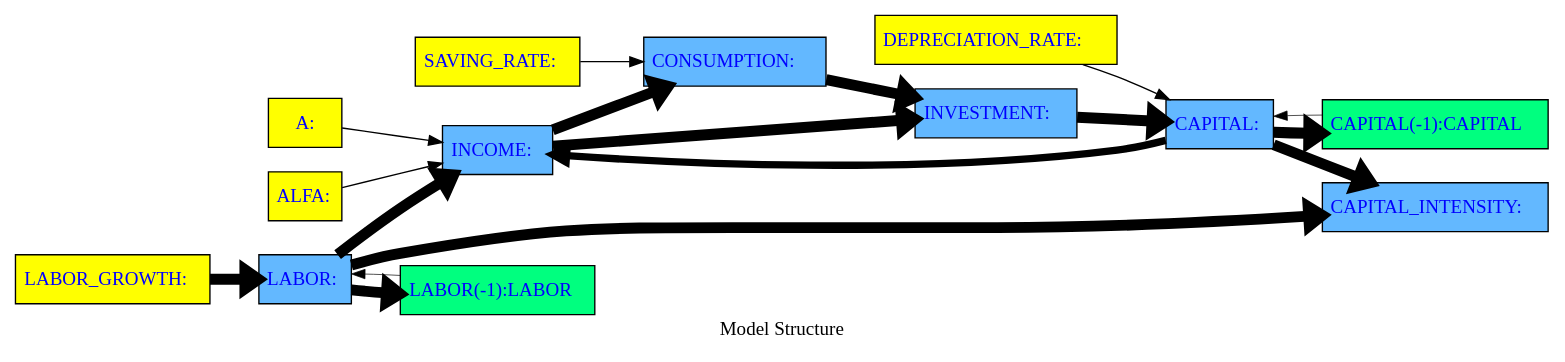
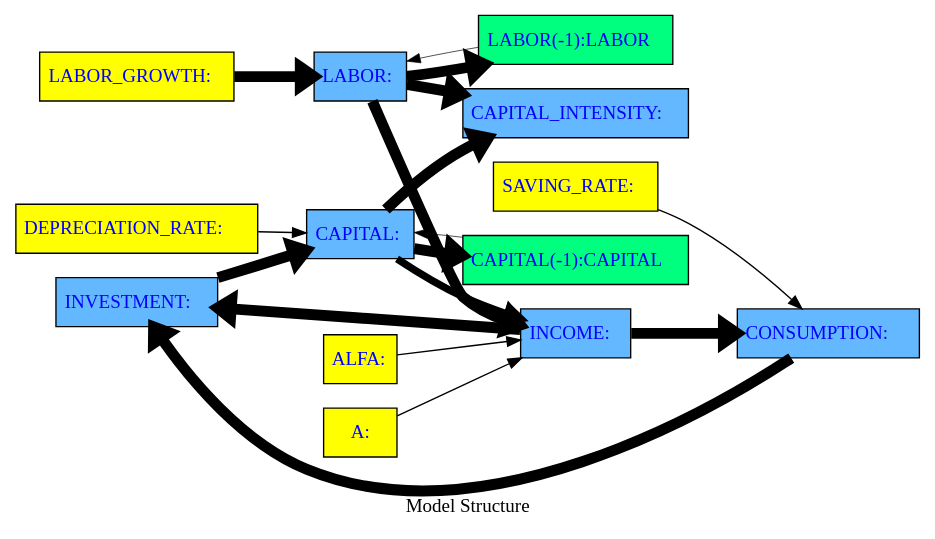
One commit to IbHansen/modelflow-manual changed the diagram in working_paper/thebook/content/notebooks/intro/graph/A_model_graph.gv. Above: the diagram before and after it, drawn with Graphviz. The commit also changed 435 other files, not shown here.

```diff
--- a/working_paper/thebook/content/notebooks/intro/graph/A_model_graph.gv
+++ b/working_paper/thebook/content/notebooks/intro/graph/A_model_graph.gv
@@ -1,35 +1,35 @@
 digraph TD { rankdir ="LR" 
 {node  [margin=0.025 fontcolor=blue style=filled ] 
- "CAPITAL_INTENSITY" [ shape=box fillcolor= steelblue1 tooltip="CAPITAL_INTENSITY&#10;FRML &lt;&gt; CAPITAL_INTENSITY = CAPITAL/LABOR  &#36;"  margin=0.025 fontcolor=blue style = filled  label=<<TABLE BORDER='0' CELLBORDER = '0' style = "filled"  > <TR><TD tooltip="CAPITAL_INTENSITY&#10;FRML &lt;&gt; CAPITAL_INTENSITY = CAPITAL/LABOR  &#36;">CAPITAL_INTENSITY:</TD></TR> </TABLE>> ]
+ "INVESTMENT" [ shape=box fillcolor= steelblue1 tooltip="INVESTMENT&#10;FRML &lt;&gt; INVESTMENT      = INCOME - CONSUMPTION    &#36;"  margin=0.025 fontcolor=blue style = filled  label=<<TABLE BORDER='0' CELLBORDER = '0' style = "filled"  > <TR><TD tooltip="INVESTMENT&#10;FRML &lt;&gt; INVESTMENT      = INCOME - CONSUMPTION    &#36;">INVESTMENT:</TD></TR> </TABLE>> ]
 "LABOR_GROWTH" [ shape=box fillcolor= yellow tooltip="LABOR_GROWTH&#10;Exogen"  margin=0.025 fontcolor=blue style = filled  label=<<TABLE BORDER='0' CELLBORDER = '0' style = "filled"  > <TR><TD tooltip="LABOR_GROWTH&#10;Exogen">LABOR_GROWTH:</TD></TR> </TABLE>> ]
+"LABOR" [ shape=box fillcolor= steelblue1 tooltip="LABOR&#10;FRML &lt;&gt; LABOR=LABOR(-1)+(LABOR_GROWTH * LABOR(-1))&#36;"  margin=0.025 fontcolor=blue style = filled  label=<<TABLE BORDER='0' CELLBORDER = '0' style = "filled"  > <TR><TD tooltip="LABOR&#10;FRML &lt;&gt; LABOR=LABOR(-1)+(LABOR_GROWTH * LABOR(-1))&#36;">LABOR:</TD></TR> </TABLE>> ]
+"CAPITAL_INTENSITY" [ shape=box fillcolor= steelblue1 tooltip="CAPITAL_INTENSITY&#10;FRML &lt;&gt; CAPITAL_INTENSITY = CAPITAL/LABOR  &#36;"  margin=0.025 fontcolor=blue style = filled  label=<<TABLE BORDER='0' CELLBORDER = '0' style = "filled"  > <TR><TD tooltip="CAPITAL_INTENSITY&#10;FRML &lt;&gt; CAPITAL_INTENSITY = CAPITAL/LABOR  &#36;">CAPITAL_INTENSITY:</TD></TR> </TABLE>> ]
+"ALFA" [ shape=box fillcolor= yellow tooltip="ALFA&#10;Exogen"  margin=0.025 fontcolor=blue style = filled  label=<<TABLE BORDER='0' CELLBORDER = '0' style = "filled"  > <TR><TD tooltip="ALFA&#10;Exogen">ALFA:</TD></TR> </TABLE>> ]
+"CAPITAL" [ shape=box fillcolor= steelblue1 tooltip="CAPITAL&#10;FRML &lt;&gt; CAPITAL=CAPITAL(-1)+(INVESTMENT-DEPRECIATION_RATE * CAPITAL(-1))&#36;"  margin=0.025 fontcolor=blue style = filled  label=<<TABLE BORDER='0' CELLBORDER = '0' style = "filled"  > <TR><TD tooltip="CAPITAL&#10;FRML &lt;&gt; CAPITAL=CAPITAL(-1)+(INVESTMENT-DEPRECIATION_RATE * CAPITAL(-1))&#36;">CAPITAL:</TD></TR> </TABLE>> ]
 "DEPRECIATION_RATE" [ shape=box fillcolor= yellow tooltip="DEPRECIATION_RATE&#10;Exogen"  margin=0.025 fontcolor=blue style = filled  label=<<TABLE BORDER='0' CELLBORDER = '0' style = "filled"  > <TR><TD tooltip="DEPRECIATION_RATE&#10;Exogen">DEPRECIATION_RATE:</TD></TR> </TABLE>> ]
+"SAVING_RATE" [ shape=box fillcolor= yellow tooltip="SAVING_RATE&#10;Exogen"  margin=0.025 fontcolor=blue style = filled  label=<<TABLE BORDER='0' CELLBORDER = '0' style = "filled"  > <TR><TD tooltip="SAVING_RATE&#10;Exogen">SAVING_RATE:</TD></TR> </TABLE>> ]
+"CAPITAL(-1)" [ shape=box fillcolor= springgreen tooltip="CAPITAL&#10;FRML &lt;&gt; CAPITAL=CAPITAL(-1)+(INVESTMENT-DEPRECIATION_RATE * CAPITAL(-1))&#36;"  margin=0.025 fontcolor=blue style = filled  label=<<TABLE BORDER='0' CELLBORDER = '0' style = "filled"  > <TR><TD tooltip="CAPITAL&#10;FRML &lt;&gt; CAPITAL=CAPITAL(-1)+(INVESTMENT-DEPRECIATION_RATE * CAPITAL(-1))&#36;">CAPITAL(-1):CAPITAL</TD></TR> </TABLE>> ]
+"CONSUMPTION" [ shape=box fillcolor= steelblue1 tooltip="CONSUMPTION&#10;FRML &lt;&gt; CONSUMPTION     = (1-SAVING_RATE)  * INCOME  &#36;"  margin=0.025 fontcolor=blue style = filled  label=<<TABLE BORDER='0' CELLBORDER = '0' style = "filled"  > <TR><TD tooltip="CONSUMPTION&#10;FRML &lt;&gt; CONSUMPTION     = (1-SAVING_RATE)  * INCOME  &#36;">CONSUMPTION:</TD></TR> </TABLE>> ]
+"LABOR(-1)" [ shape=box fillcolor= springgreen tooltip="LABOR&#10;FRML &lt;&gt; LABOR=LABOR(-1)+(LABOR_GROWTH * LABOR(-1))&#36;"  margin=0.025 fontcolor=blue style = filled  label=<<TABLE BORDER='0' CELLBORDER = '0' style = "filled"  > <TR><TD tooltip="LABOR&#10;FRML &lt;&gt; LABOR=LABOR(-1)+(LABOR_GROWTH * LABOR(-1))&#36;">LABOR(-1):LABOR</TD></TR> </TABLE>> ]
 "A" [ shape=box fillcolor= yellow tooltip="A&#10;Exogen"  margin=0.025 fontcolor=blue style = filled  label=<<TABLE BORDER='0' CELLBORDER = '0' style = "filled"  > <TR><TD tooltip="A&#10;Exogen">A:</TD></TR> </TABLE>> ]
-"LABOR" [ shape=box fillcolor= steelblue1 tooltip="LABOR&#10;FRML &lt;&gt; LABOR=LABOR(-1)+(LABOR_GROWTH * LABOR(-1))&#36;"  margin=0.025 fontcolor=blue style = filled  label=<<TABLE BORDER='0' CELLBORDER = '0' style = "filled"  > <TR><TD tooltip="LABOR&#10;FRML &lt;&gt; LABOR=LABOR(-1)+(LABOR_GROWTH * LABOR(-1))&#36;">LABOR:</TD></TR> </TABLE>> ]
-"CONSUMPTION" [ shape=box fillcolor= steelblue1 tooltip="CONSUMPTION&#10;FRML &lt;&gt; CONSUMPTION     = (1-SAVING_RATE)  * INCOME  &#36;"  margin=0.025 fontcolor=blue style = filled  label=<<TABLE BORDER='0' CELLBORDER = '0' style = "filled"  > <TR><TD tooltip="CONSUMPTION&#10;FRML &lt;&gt; CONSUMPTION     = (1-SAVING_RATE)  * INCOME  &#36;">CONSUMPTION:</TD></TR> </TABLE>> ]
-"CAPITAL" [ shape=box fillcolor= steelblue1 tooltip="CAPITAL&#10;FRML &lt;&gt; CAPITAL=CAPITAL(-1)+(INVESTMENT-DEPRECIATION_RATE * CAPITAL(-1))&#36;"  margin=0.025 fontcolor=blue style = filled  label=<<TABLE BORDER='0' CELLBORDER = '0' style = "filled"  > <TR><TD tooltip="CAPITAL&#10;FRML &lt;&gt; CAPITAL=CAPITAL(-1)+(INVESTMENT-DEPRECIATION_RATE * CAPITAL(-1))&#36;">CAPITAL:</TD></TR> </TABLE>> ]
-"CAPITAL(-1)" [ shape=box fillcolor= springgreen tooltip="CAPITAL&#10;FRML &lt;&gt; CAPITAL=CAPITAL(-1)+(INVESTMENT-DEPRECIATION_RATE * CAPITAL(-1))&#36;"  margin=0.025 fontcolor=blue style = filled  label=<<TABLE BORDER='0' CELLBORDER = '0' style = "filled"  > <TR><TD tooltip="CAPITAL&#10;FRML &lt;&gt; CAPITAL=CAPITAL(-1)+(INVESTMENT-DEPRECIATION_RATE * CAPITAL(-1))&#36;">CAPITAL(-1):CAPITAL</TD></TR> </TABLE>> ]
-"INVESTMENT" [ shape=box fillcolor= steelblue1 tooltip="INVESTMENT&#10;FRML &lt;&gt; INVESTMENT      = INCOME - CONSUMPTION    &#36;"  margin=0.025 fontcolor=blue style = filled  label=<<TABLE BORDER='0' CELLBORDER = '0' style = "filled"  > <TR><TD tooltip="INVESTMENT&#10;FRML &lt;&gt; INVESTMENT      = INCOME - CONSUMPTION    &#36;">INVESTMENT:</TD></TR> </TABLE>> ]
-"SAVING_RATE" [ shape=box fillcolor= yellow tooltip="SAVING_RATE&#10;Exogen"  margin=0.025 fontcolor=blue style = filled  label=<<TABLE BORDER='0' CELLBORDER = '0' style = "filled"  > <TR><TD tooltip="SAVING_RATE&#10;Exogen">SAVING_RATE:</TD></TR> </TABLE>> ]
-"ALFA" [ shape=box fillcolor= yellow tooltip="ALFA&#10;Exogen"  margin=0.025 fontcolor=blue style = filled  label=<<TABLE BORDER='0' CELLBORDER = '0' style = "filled"  > <TR><TD tooltip="ALFA&#10;Exogen">ALFA:</TD></TR> </TABLE>> ]
-"INCOME" [ shape=box fillcolor= steelblue1 tooltip="INCOME&#10;FRML &lt;&gt; INCOME          = A  * CAPITAL**ALFA * LABOR **(1-ALFA)  &#36;"  margin=0.025 fontcolor=blue style = filled  label=<<TABLE BORDER='0' CELLBORDER = '0' style = "filled"  > <TR><TD tooltip="INCOME&#10;FRML &lt;&gt; INCOME          = A  * CAPITAL**ALFA * LABOR **(1-ALFA)  &#36;">INCOME:</TD></TR> </TABLE>> ]
-"LABOR(-1)" [ shape=box fillcolor= springgreen tooltip="LABOR&#10;FRML &lt;&gt; LABOR=LABOR(-1)+(LABOR_GROWTH * LABOR(-1))&#36;"  margin=0.025 fontcolor=blue style = filled  label=<<TABLE BORDER='0' CELLBORDER = '0' style = "filled"  > <TR><TD tooltip="LABOR&#10;FRML &lt;&gt; LABOR=LABOR(-1)+(LABOR_GROWTH * LABOR(-1))&#36;">LABOR(-1):LABOR</TD></TR> </TABLE>> ] 
+"INCOME" [ shape=box fillcolor= steelblue1 tooltip="INCOME&#10;FRML &lt;&gt; INCOME          = A  * CAPITAL**ALFA * LABOR **(1-ALFA)  &#36;"  margin=0.025 fontcolor=blue style = filled  label=<<TABLE BORDER='0' CELLBORDER = '0' style = "filled"  > <TR><TD tooltip="INCOME&#10;FRML &lt;&gt; INCOME          = A  * CAPITAL**ALFA * LABOR **(1-ALFA)  &#36;">INCOME:</TD></TR> </TABLE>> ] 
 } 
+"CONSUMPTION" -> "INVESTMENT" [ style = filled tooltip=" CONSUMPTION -> INVESTMENT Min. att. -1900%  max: -1900%" href="bogus" penwidth = 8.0 ]
+"LABOR(-1)" -> "LABOR" [ style = filled tooltip=NA href="bogus" penwidth = 0.5 ]
+"CAPITAL" -> "CAPITAL(-1)" [ style = filled tooltip=" CAPITAL -> CAPITAL(-1) Min. att. 0%  max: 94%" href="bogus" penwidth = 8.0 ]
+"SAVING_RATE" -> "CONSUMPTION" [ style = filled tooltip=" SAVING_RATE -> CONSUMPTION Min. att. 0%  max: 0%" href="bogus" penwidth = 1.0 ]
+"DEPRECIATION_RATE" -> "CAPITAL" [ style = filled tooltip=" DEPRECIATION_RATE -> CAPITAL Min. att. 0%  max: 0%" href="bogus" penwidth = 1.0 ]
+"INCOME" -> "INVESTMENT" [ style = filled tooltip=" INCOME -> INVESTMENT Min. att. 2000%  max: 2000%" href="bogus" penwidth = 8.0 ]
+"LABOR_GROWTH" -> "LABOR" [ style = filled tooltip=" LABOR_GROWTH -> LABOR Min. att. 0%  max: 100%" href="bogus" penwidth = 8.0 ]
+"LABOR" -> "INCOME" [ style = filled tooltip=" LABOR -> INCOME Min. att. 59%  max: 97%" href="bogus" penwidth = 8.0 ]
+"CAPITAL" -> "INCOME" [ style = filled tooltip=" CAPITAL -> INCOME Min. att. 3%  max: 54%" href="bogus" penwidth = 5.422974734681451 ]
+"CAPITAL(-1)" -> "CAPITAL" [ style = filled tooltip=NA href="bogus" penwidth = 0.5 ]
+"INCOME" -> "CONSUMPTION" [ style = filled tooltip=" INCOME -> CONSUMPTION Min. att. 100%  max: 100%" href="bogus" penwidth = 8.0 ]
+"LABOR" -> "LABOR(-1)" [ style = filled tooltip=" LABOR -> LABOR(-1) Min. att. 0%  max: 100%" href="bogus" penwidth = 8.0 ]
 "LABOR" -> "CAPITAL_INTENSITY" [ style = filled tooltip=" LABOR -> CAPITAL_INTENSITY Min. att. 103%  max: 1269%" href="bogus" penwidth = 8.0 ]
-"INCOME" -> "CONSUMPTION" [ style = filled tooltip=" INCOME -> CONSUMPTION Min. att. 100%  max: 100%" href="bogus" penwidth = 8.0 ]
-"LABOR(-1)" -> "LABOR" [ style = filled tooltip=NA href="bogus" penwidth = 0.5 ]
-"LABOR_GROWTH" -> "LABOR" [ style = filled tooltip=" LABOR_GROWTH -> LABOR Min. att. 0%  max: 100%" href="bogus" penwidth = 8.0 ]
-"LABOR" -> "LABOR(-1)" [ style = filled tooltip=" LABOR -> LABOR(-1) Min. att. 0%  max: 100%" href="bogus" penwidth = 8.0 ]
-"DEPRECIATION_RATE" -> "CAPITAL" [ style = filled tooltip=" DEPRECIATION_RATE -> CAPITAL Min. att. 0%  max: 0%" href="bogus" penwidth = 1.0 ]
-"SAVING_RATE" -> "CONSUMPTION" [ style = filled tooltip=" SAVING_RATE -> CONSUMPTION Min. att. 0%  max: 0%" href="bogus" penwidth = 1.0 ]
-"CAPITAL" -> "INCOME" [ style = filled tooltip=" CAPITAL -> INCOME Min. att. 3%  max: 54%" href="bogus" penwidth = 5.422974734681451 ]
 "INVESTMENT" -> "CAPITAL" [ style = filled tooltip=" INVESTMENT -> CAPITAL Min. att. 6%  max: 100%" href="bogus" penwidth = 8.0 ]
-"LABOR" -> "INCOME" [ style = filled tooltip=" LABOR -> INCOME Min. att. 59%  max: 97%" href="bogus" penwidth = 8.0 ]
-"CONSUMPTION" -> "INVESTMENT" [ style = filled tooltip=" CONSUMPTION -> INVESTMENT Min. att. -1900%  max: -1900%" href="bogus" penwidth = 8.0 ]
+"CAPITAL" -> "CAPITAL_INTENSITY" [ style = filled tooltip=" CAPITAL -> CAPITAL_INTENSITY Min. att. -647%  max: -3%" href="bogus" penwidth = 8.0 ]
+"A" -> "INCOME" [ style = filled tooltip=" A -> INCOME Min. att. -0%  max: -0%" href="bogus" penwidth = 1.0 ]
 "ALFA" -> "INCOME" [ style = filled tooltip=" ALFA -> INCOME Min. att. -0%  max: -0%" href="bogus" penwidth = 1.0 ]
-"INCOME" -> "INVESTMENT" [ style = filled tooltip=" INCOME -> INVESTMENT Min. att. 2000%  max: 2000%" href="bogus" penwidth = 8.0 ]
-"A" -> "INCOME" [ style = filled tooltip=" A -> INCOME Min. att. -0%  max: -0%" href="bogus" penwidth = 1.0 ]
-"CAPITAL(-1)" -> "CAPITAL" [ style = filled tooltip=NA href="bogus" penwidth = 0.5 ]
-"CAPITAL" -> "CAPITAL_INTENSITY" [ style = filled tooltip=" CAPITAL -> CAPITAL_INTENSITY Min. att. -647%  max: -3%" href="bogus" penwidth = 8.0 ]
-"CAPITAL" -> "CAPITAL(-1)" [ style = filled tooltip=" CAPITAL -> CAPITAL(-1) Min. att. 0%  max: 94%" href="bogus" penwidth = 8.0 ]
  label = "Model Structure";
 }
```
